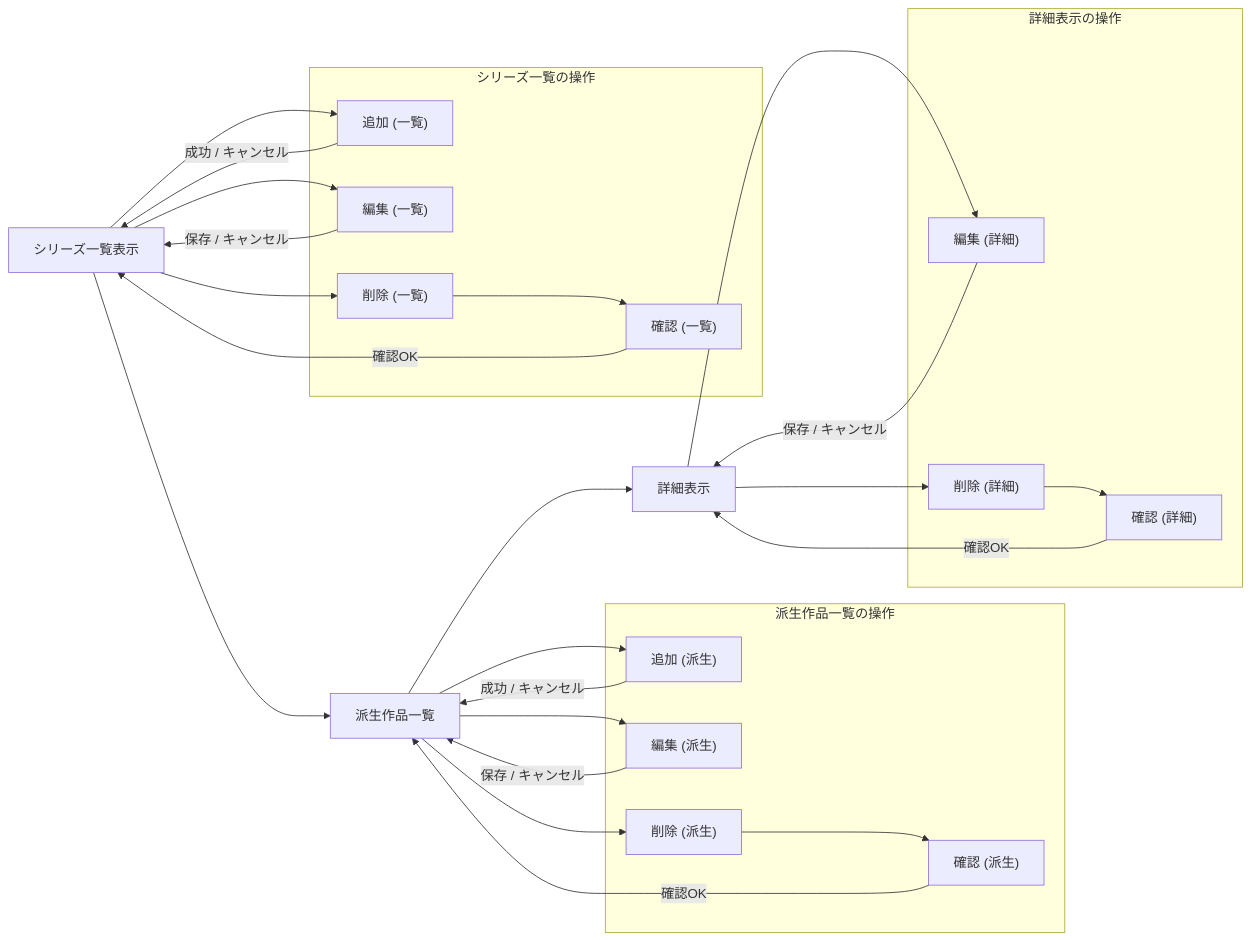
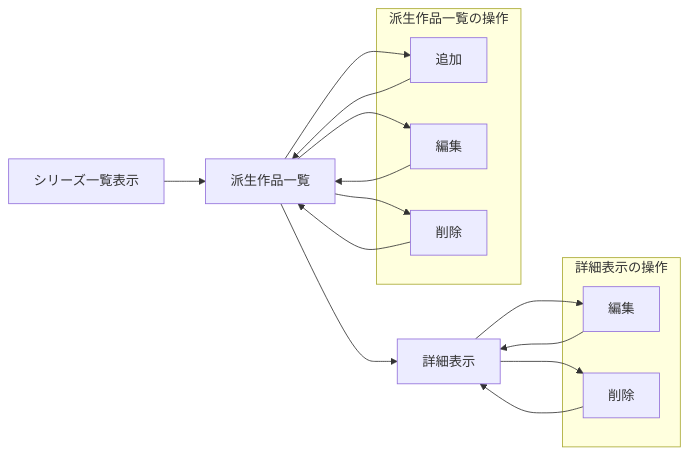
Before and after one commit to kaito0907usagi-alt/webp_report: the diagram in memo.md, drawn with Mermaid. The commit also changed 7 other files, not shown here.

````diff
--- a/memo.md
+++ b/memo.md
@@ -18,52 +18,33 @@
 ```mermaid
 graph LR
         %% 変更: 各操作を「起点ごと」に分け、操作後は起点に戻る一方向フローにします。
         A["シリーズ一覧表示"]
         B["派生作品一覧"]
         C["詳細表示"]
 
         A --> B
         B --> C
 
-        %% シリーズ一覧の操作（起点に戻る）
-        subgraph "シリーズ一覧の操作"
-            addA["追加 (一覧)"]
-            editA["編集 (一覧)"]
-            delA["削除 (一覧)"]
-            confirmA["確認 (一覧)"]
-        end
-        A --> addA
-        A --> editA
-        A --> delA
-        addA -->|成功 / キャンセル| A
-        editA -->|保存 / キャンセル| A
-        delA --> confirmA
-        confirmA -->|確認OK| A
-
         %% 派生作品一覧の操作（起点に戻る）
         subgraph "派生作品一覧の操作"
-            addB["追加 (派生)"]
-            editB["編集 (派生)"]
-            delB["削除 (派生)"]
-            confirmB["確認 (派生)"]
+            addB["追加"]
+            editB["編集"]
+            delB["削除"]
         end
         B --> addB
         B --> editB
         B --> delB
-        addB -->|成功 / キャンセル| B
-        editB -->|保存 / キャンセル| B
-        delB --> confirmB
-        confirmB -->|確認OK| B
+        addB --> B
+        editB --> B
+        delB --> B
 
         %% 詳細表示の操作（起点に戻る）
         subgraph "詳細表示の操作"
-            editC["編集 (詳細)"]
-            delC["削除 (詳細)"]
-            confirmC["確認 (詳細)"]
+            editC["編集"]
+            delC["削除"]
         end
         C --> editC
         C --> delC
-        editC -->|保存 / キャンセル| C
-        delC --> confirmC
-        confirmC -->|確認OK| C
+        editC -->C
+        delC --> C
 ```
````
